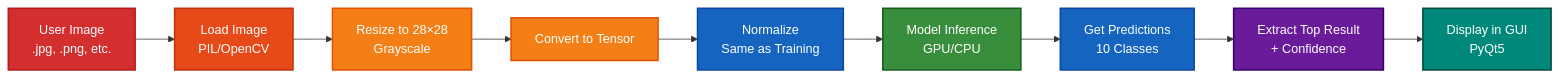
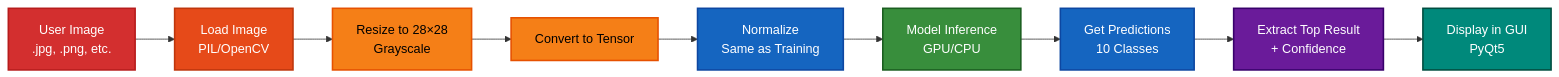
Before and after one commit to VishnuKant0925/MNIST-Digit-Classifier-: the fifth of 5 diagrams in README.md, drawn with Mermaid. The commit also changed other lines of this file, not shown here.

````diff
--- a/README.md
+++ b/README.md
@@ -362,21 +362,21 @@
 ```mermaid
 graph LR
     A["User Image<br/>.jpg, .png, etc."] --> B["Load Image<br/>PIL/OpenCV"]
     B --> C["Resize to 28×28<br/>Grayscale"]
     C --> D["Convert to Tensor"]
     D --> E["Normalize<br/>Same as Training"]
     E --> F["Model Inference<br/>GPU/CPU"]
     F --> G["Get Predictions<br/>10 Classes"]
     G --> H["Extract Top Result<br/>+ Confidence"]
     H --> I["Display in GUI<br/>PyQt5"]
 
     style A fill:#D32F2F,stroke:#B71C1C,stroke-width:2px,color:#fff
     style B fill:#E64A19,stroke:#BF360C,stroke-width:2px,color:#fff
-    style C fill:#F57F17,stroke:#E65100,stroke-width:2px,color:#fff
-    style D fill:#F57F17,stroke:#E65100,stroke-width:2px,color:#fff
+    style C fill:#F57F17,stroke:#E65100,stroke-width:2px,color:#000
+    style D fill:#F57F17,stroke:#E65100,stroke-width:2px,color:#000
     style E fill:#1565C0,stroke:#0D47A1,stroke-width:2px,color:#fff
     style F fill:#388E3C,stroke:#1B5E20,stroke-width:2px,color:#fff
     style G fill:#1565C0,stroke:#0D47A1,stroke-width:2px,color:#fff
     style H fill:#6A1B9A,stroke:#38006B,stroke-width:2px,color:#fff
     style I fill:#00897B,stroke:#004D40,stroke-width:2px,color:#fff
 ```
````
